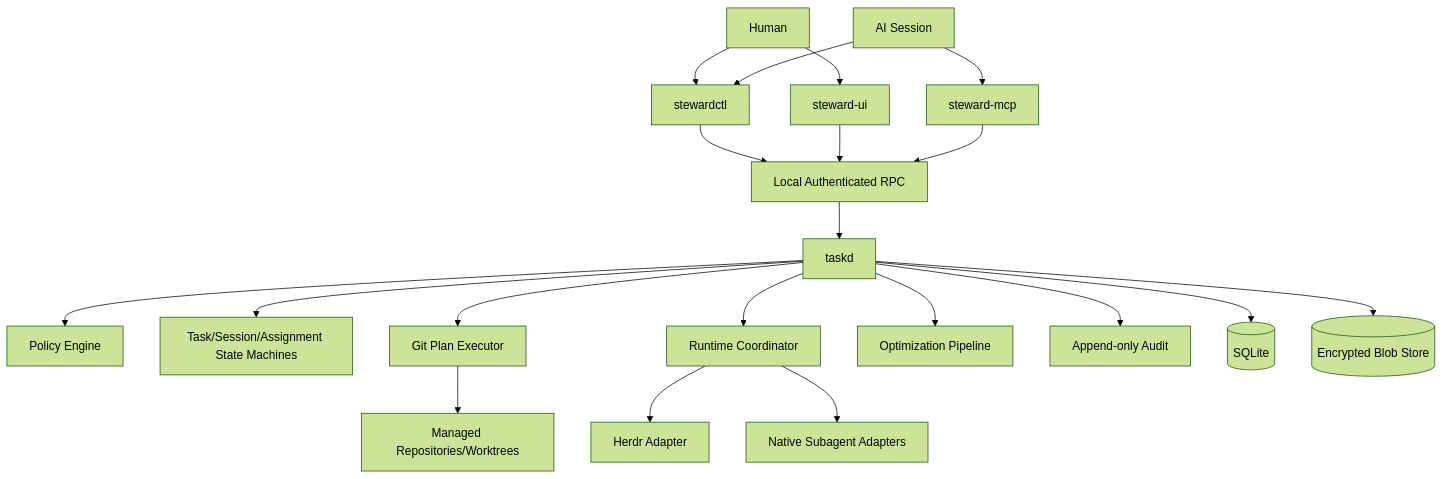
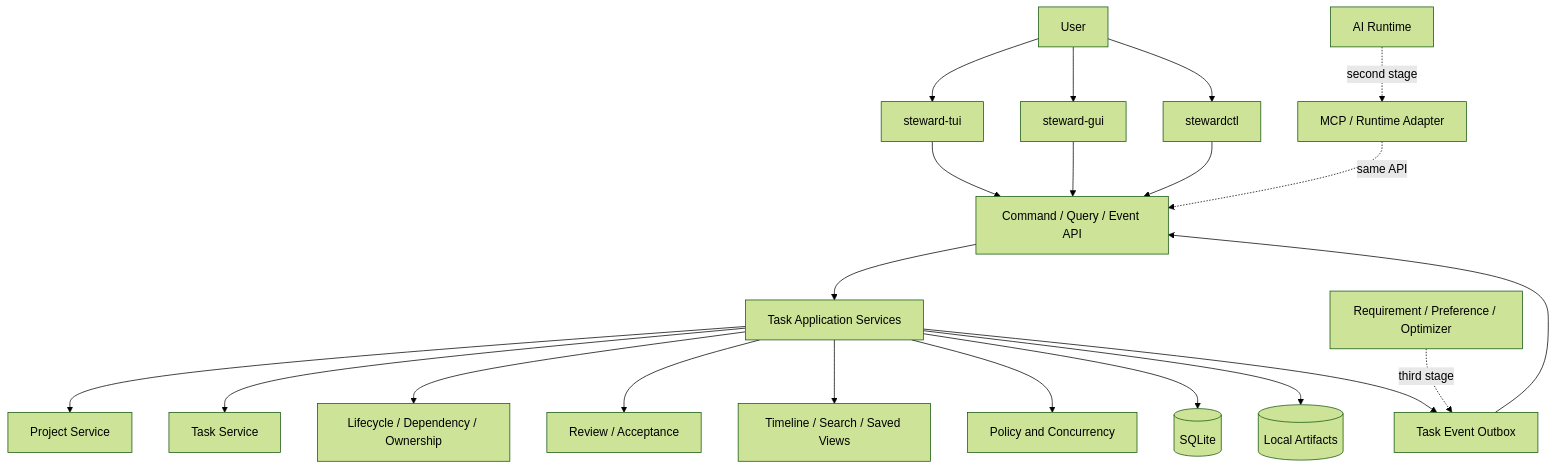
Before and after one commit to cecil-su/agent-steward: the diagram in docs/v1/03-architecture.md, drawn with Mermaid (forest theme). The commit also changed other lines of this file and 19 other files, not shown here.

````diff
--- a/docs/v1/03-architecture.md
+++ b/docs/v1/03-architecture.md
@@ -5,25 +5,27 @@
 ```mermaid
 flowchart TB
-  Human[Human] --> CLI[stewardctl]
-  Human --> UI[steward-ui]
-  AI[AI Session] --> MCP[steward-mcp]
-  AI --> CLI
+  Human[User] --> TUI[steward-tui]
+  Human --> GUI[steward-gui]
+  Human --> CLI[stewardctl]
 
-  CLI --> RPC[Local Authenticated RPC]
-  UI --> RPC
-  MCP --> RPC
-  RPC --> D[taskd]
+  TUI --> API[Command / Query / Event API]
+  GUI --> API
+  CLI --> API
+  API --> App[Task Application Services]
 
-  D --> Policy[Policy Engine]
-  D --> Domain[Task/Session/Assignment State Machines]
-  D --> Git[Git Plan Executor]
-  D --> Runtime[Runtime Coordinator]
-  D --> Optimizer[Optimization Pipeline]
-  D --> Audit[Append-only Audit]
-  D --> DB[(SQLite)]
-  D --> Blob[(Encrypted Blob Store)]
+  App --> Project[Project Service]
+  App --> Task[Task Service]
+  App --> Workflow[Lifecycle / Dependency / Ownership]
+  App --> Review[Review / Acceptance]
+  App --> Timeline[Timeline / Search / Saved Views]
+  App --> Policy[Policy and Concurrency]
 
-  Runtime --> Herdr[Herdr Adapter]
-  Runtime --> Native[Native Subagent Adapters]
-  Git --> Repos[Managed Repositories/Worktrees]
+  App --> DB[(SQLite)]
+  App --> Files[(Local Artifacts)]
+  App --> Outbox[Task Event Outbox]
+  Outbox --> API
+
+  AI[AI Runtime] -. second stage .-> MCP[MCP / Runtime Adapter]
+  MCP -. same API .-> API
+  Learn[Requirement / Preference / Optimizer] -. third stage .-> Outbox
 ```
````
